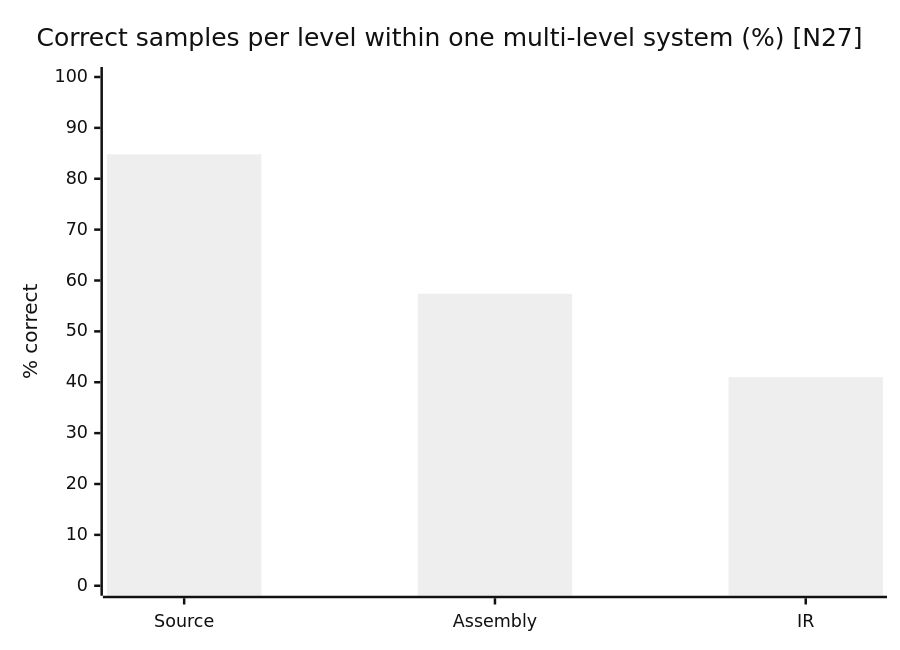
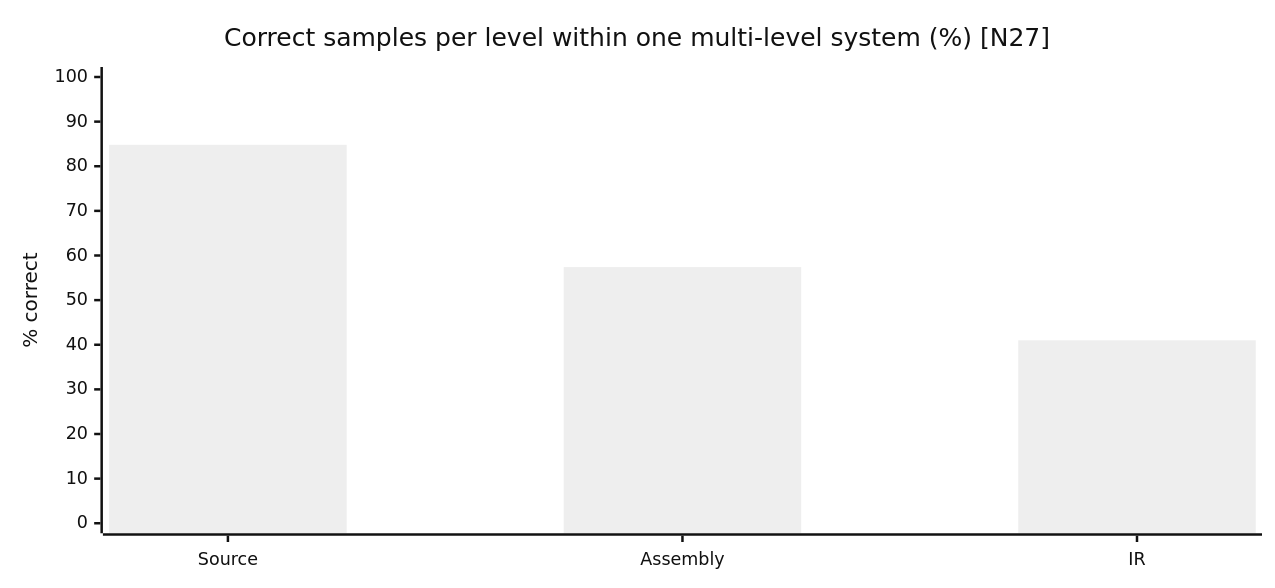
One commit to t-kuraga/ai-discussions changed diagram 16 of 21 in AI_Coding__The_Case_for_Guided_Autonomy/AI_Coding__The_Case_for_Guided_Autonomy.md. Above: the diagram before and after it, drawn with Mermaid (neutral theme). The commit also changed other lines of this file and 1 other file, not shown here.

````diff
--- a/AI_Coding__The_Case_for_Guided_Autonomy/AI_Coding__The_Case_for_Guided_Autonomy.md
+++ b/AI_Coding__The_Case_for_Guided_Autonomy/AI_Coding__The_Case_for_Guided_Autonomy.md
@@ -257,7 +346,8 @@
-   ```mermaid
-   xychart-beta
-       title "Correct samples per level within one multi-level system (%) [N27]"
-       x-axis ["Source", "Assembly", "IR"]
-       y-axis "% correct" 0 --> 100
-       bar [84.8, 57.4, 41.0]
-   ```
+```mermaid
+%%{init: {"xyChart": {"width": 1000, "height": 450}}}%%
+xychart-beta
+    title "Correct samples per level within one multi-level system (%) [N27]"
+    x-axis ["Source", "Assembly", "IR"]
+    y-axis "% correct" 0 --> 100
+    bar [84.8, 57.4, 41.0]
+```
````
